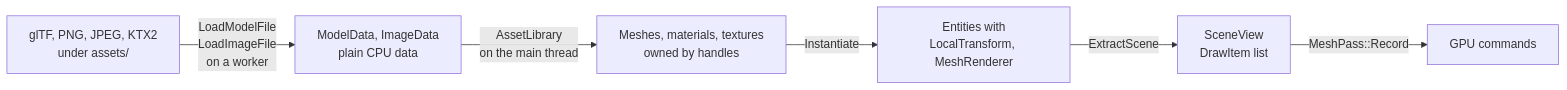
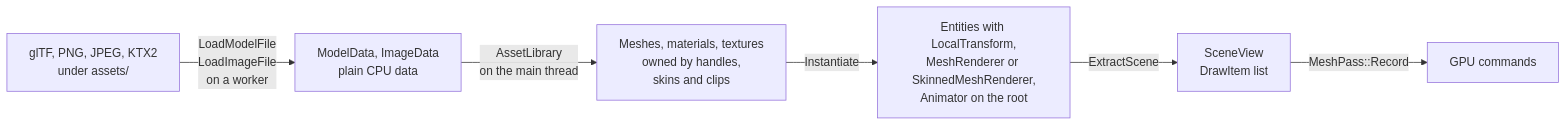
One commit to SBXdev3D/daidalos-engine-next changed the fourth of 7 diagrams in docs/ARCHITECTURE.md. Above: the diagram before and after it, drawn with Mermaid. The commit also changed other lines of this file and 30 other files, not shown here.

````diff
--- a/docs/ARCHITECTURE.md
+++ b/docs/ARCHITECTURE.md
@@ -138,8 +144,8 @@
 ```mermaid
 flowchart LR
     F["glTF, PNG, JPEG, KTX2<br/>under assets/"] -->|"LoadModelFile<br/>LoadImageFile<br/>on a worker"| C["ModelData, ImageData<br/>plain CPU data"]
-    C -->|"AssetLibrary<br/>on the main thread"| G["Meshes, materials, textures<br/>owned by handles"]
-    G -->|"Instantiate"| E["Entities with<br/>LocalTransform, MeshRenderer"]
+    C -->|"AssetLibrary<br/>on the main thread"| G["Meshes, materials, textures<br/>owned by handles,<br/>skins and clips"]
+    G -->|"Instantiate"| E["Entities with LocalTransform,<br/>MeshRenderer or SkinnedMeshRenderer,<br/>Animator on the root"]
     E -->|"ExtractScene"| S["SceneView<br/>DrawItem list"]
     S -->|"MeshPass::Record"| V["GPU commands"]
 ```
````
